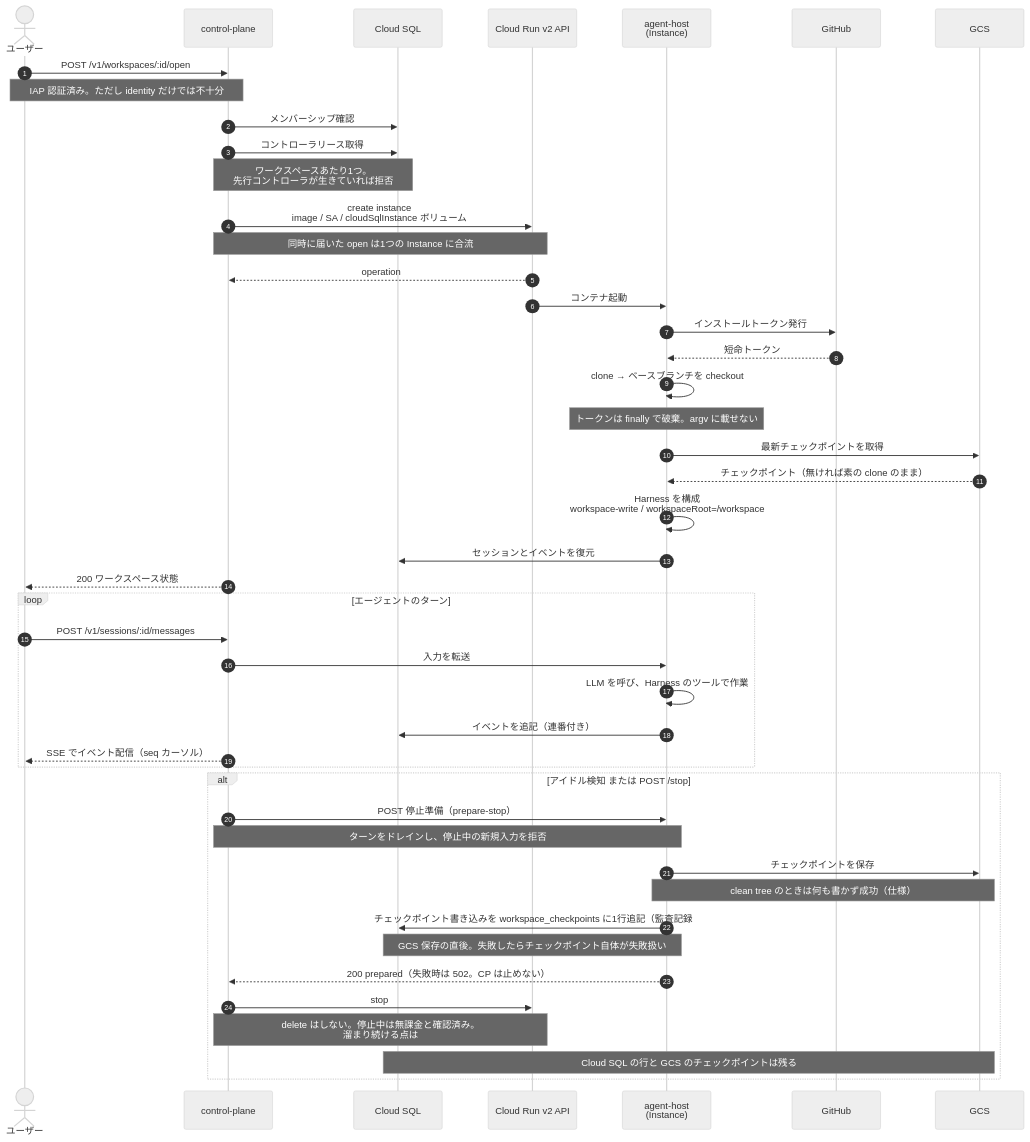
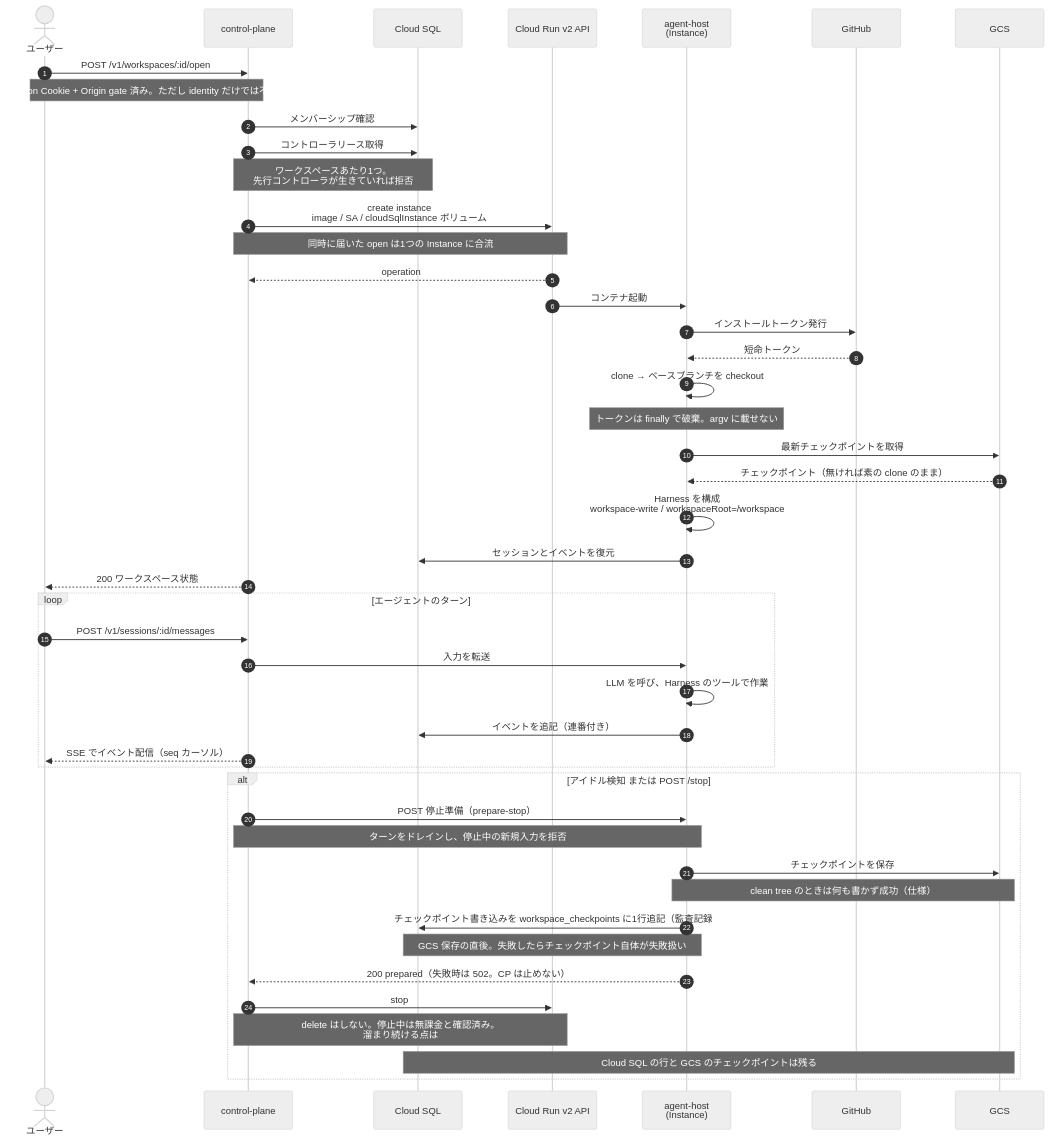
One commit to mpppk/cloud-run-dsh changed the second of 2 diagrams in docs/architecture.md. Above: the diagram before and after it, drawn with Mermaid (neutral theme). The commit also changed other lines of this file and 9 other files, not shown here.

````diff
--- a/docs/architecture.md
+++ b/docs/architecture.md
@@ -102,53 +102,53 @@
 ```mermaid
 sequenceDiagram
   autonumber
   actor U as ユーザー
   participant CP as control-plane
   participant DB as Cloud SQL
   participant RUN as Cloud Run v2 API
   participant AH as agent-host<br/>(Instance)
   participant GH as GitHub
   participant GCS as GCS
 
   U->>CP: POST /v1/workspaces/:id/open
-  Note over U,CP: IAP 認証済み。ただし identity だけでは不十分
+  Note over U,CP: session Cookie + Origin gate 済み。ただし identity だけでは不十分
   CP->>DB: メンバーシップ確認
   CP->>DB: コントローラリース取得
   Note over CP,DB: ワークスペースあたり1つ。<br/>先行コントローラが生きていれば拒否
 
   CP->>RUN: create instance<br/>image / SA / cloudSqlInstance ボリューム
   Note over CP,RUN: 同時に届いた open は1つの Instance に合流
   RUN-->>CP: operation
   RUN->>AH: コンテナ起動
 
   AH->>GH: インストールトークン発行
   GH-->>AH: 短命トークン
   AH->>AH: clone → ベースブランチを checkout
   Note over AH: トークンは finally で破棄。argv に載せない
   AH->>GCS: 最新チェックポイントを取得
   GCS-->>AH: チェックポイント（無ければ素の clone のまま）
   AH->>AH: Harness を構成<br/>workspace-write / workspaceRoot=/workspace
   AH->>DB: セッションとイベントを復元
   CP-->>U: 200 ワークスペース状態
 
   loop エージェントのターン
     U->>CP: POST /v1/sessions/:id/messages
     CP->>AH: 入力を転送
     AH->>AH: LLM を呼び、Harness のツールで作業
     AH->>DB: イベントを追記（連番付き）
     CP-->>U: SSE でイベント配信（seq カーソル）
   end
 
   alt アイドル検知 または POST /stop
     CP->>AH: POST 停止準備（prepare-stop）
     Note over CP,AH: ターンをドレインし、停止中の新規入力を拒否
     AH->>GCS: チェックポイントを保存
     Note over AH,GCS: clean tree のときは何も書かず成功（仕様）
     AH->>DB: チェックポイント書き込みを workspace_checkpoints に1行追記（監査記録 #110。世代の実体は GCS の非現行バージョン）
     Note over AH,DB: GCS 保存の直後。失敗したらチェックポイント自体が失敗扱い
     AH-->>CP: 200 prepared（失敗時は 502。CP は止めない）
     CP->>RUN: stop
     Note over CP,RUN: delete はしない。停止中は無課金と確認済み。<br/>溜まり続ける点は #85
     Note over DB,GCS: Cloud SQL の行と GCS のチェックポイントは残る
   end
 ```
````
